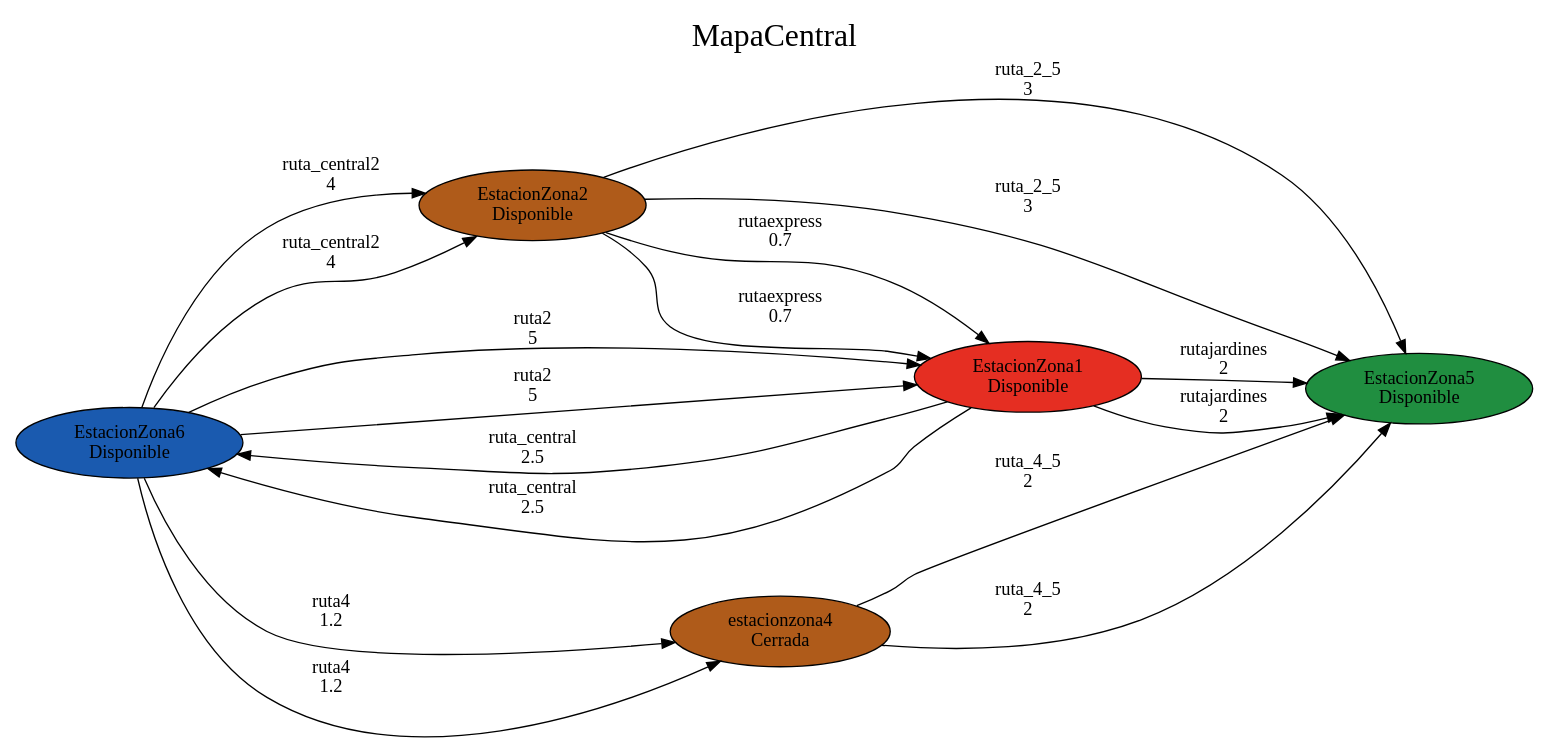
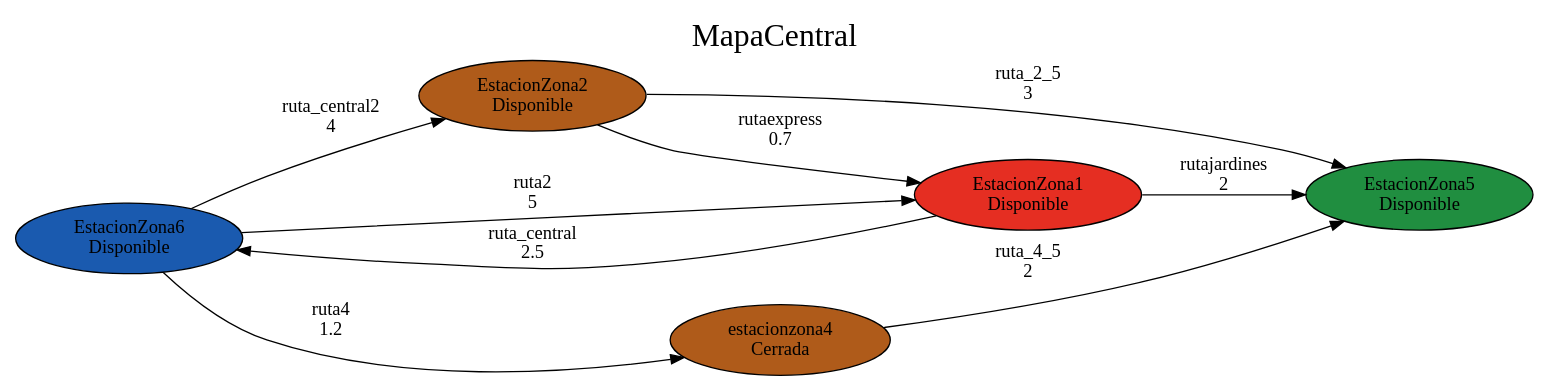
The diagram in MapTracing/GraficaMapa.dot (AngelArteaga1/-LFP-Proyecto1), drawn with Graphviz before and after one commit. The commit also changed 4 other files, not shown here.

```diff
--- a/MapTracing/GraficaMapa.dot
+++ b/MapTracing/GraficaMapa.dot
@@ -1,59 +1,33 @@
 digraph Grafica{
 node[style=filled]
-estacionzona6[label = "EstacionZona6
-Disponible", fillcolor = "#1A5AAF"]
-estacionzona2[label = "EstacionZona2
-Disponible", fillcolor = "#AF5B1A"]
-estacionzona1[label = "EstacionZona1
-Disponible", fillcolor = "#E52E22"]
-estacionzona4[label = "estacionzona4
-Cerrada", fillcolor = "#AF5B1A"]
-estacionzona5[label = "EstacionZona5
-Disponible", fillcolor = "#208E40"]
 estacionzona6[label = "EstacionZona6
 Disponible", fillcolor = "#1A5AAF"]
 estacionzona2[label = "EstacionZona2
 Disponible", fillcolor = "#AF5B1A"]
 estacionzona1[label = "EstacionZona1
 Disponible", fillcolor = "#E52E22"]
 estacionzona4[label = "estacionzona4
 Cerrada", fillcolor = "#AF5B1A"]
 estacionzona5[label = "EstacionZona5
 Disponible", fillcolor = "#208E40"]
 rankdir="LR";
 labelloc="t";
 label="MapaCentral";
 fontsize=24;
 estacionzona1->estacionzona6[label = "ruta_central
 2.5"]
 estacionzona6->estacionzona2[label = "ruta_central2
 4"]
 estacionzona6->estacionzona1[label = "ruta2
 5"]
 estacionzona2->estacionzona1[label = "rutaexpress
 0.7"]
 estacionzona1->estacionzona5[label = "rutajardines
 2"]
 estacionzona6->estacionzona4[label = "ruta4
 1.2"]
 estacionzona4->estacionzona5[label = "ruta_4_5
 2"]
 estacionzona2->estacionzona5[label = "ruta_2_5
 3"]
-estacionzona1->estacionzona6[label = "ruta_central
-2.5"]
-estacionzona6->estacionzona2[label = "ruta_central2
-4"]
-estacionzona6->estacionzona1[label = "ruta2
-5"]
-estacionzona2->estacionzona1[label = "rutaexpress
-0.7"]
-estacionzona1->estacionzona5[label = "rutajardines
-2"]
-estacionzona6->estacionzona4[label = "ruta4
-1.2"]
-estacionzona4->estacionzona5[label = "ruta_4_5
-2"]
-estacionzona2->estacionzona5[label = "ruta_2_5
-3"]
 }
```
